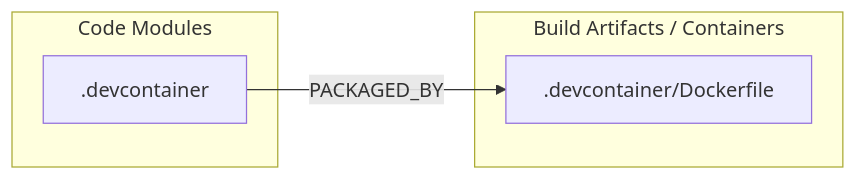
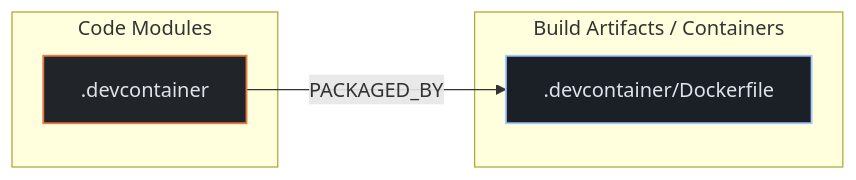
One commit to kumarshaz/atruss-code-atlas changed the second of 3 diagrams in exports/latest/reports/home-assistant-companion.home-assistant-report.md. Above: the diagram before and after it, drawn with Mermaid. The commit also changed other lines of this file and 331 other files, not shown here.

Commit message:
docs,ui,fix: update SDLC docs, reorder CI/CD DAG first, stylize Mermaid, and fix Arc42 pipeline topology

````diff
--- a/exports/latest/reports/home-assistant-companion.home-assistant-report.md
+++ b/exports/latest/reports/home-assistant-companion.home-assistant-report.md
@@ -84,10 +91,14 @@
 ```mermaid
 flowchart LR
+    classDef atlasCategory fill:#212428,stroke:#E87A48,stroke-width:1.5px,color:#dfe3eb
+    classDef atlasWorkflow fill:#1b2026,stroke:#a3c9ff,stroke-width:1.5px,color:#dfe3eb
+    classDef atlasJob fill:#171c22,stroke:#8d9199,stroke-width:1px,color:#dfe3eb
+    classDef atlasTarget fill:#005227,stroke:#8bd99b,stroke-width:1.5px,color:#a7f6b6
     subgraph code_modules["Code Modules"]
-        mod__devcontainer[".devcontainer"]
+        mod__devcontainer[".devcontainer"]:::atlasCategory
     end
     subgraph build_artifacts["Build Artifacts / Containers"]
-        art__devcontainer_Dockerfile[".devcontainer/Dockerfile"]
+        art__devcontainer_Dockerfile[".devcontainer/Dockerfile"]:::atlasWorkflow
     end
     mod__devcontainer -->|PACKAGED_BY| art__devcontainer_Dockerfile
 ```
````
